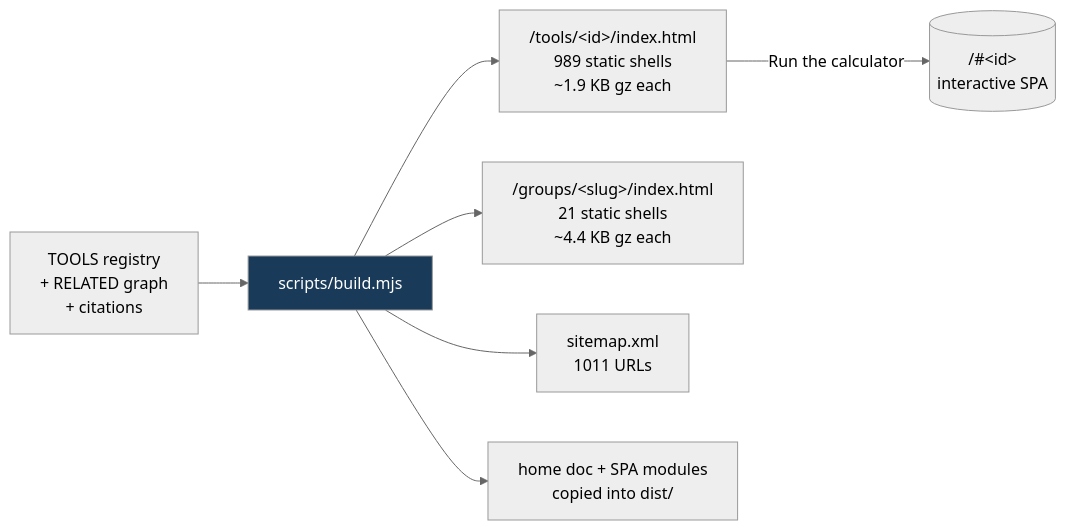
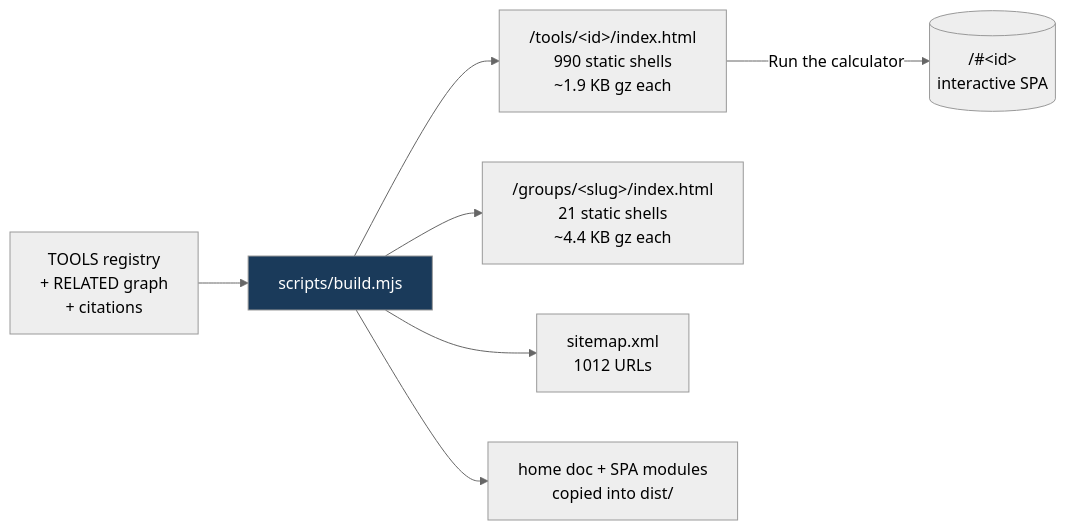
The fifth of 8 diagrams in README.md (clay-good/roughlogic.com), drawn with Mermaid (neutral theme) before and after one commit. The commit also changed other lines of this file and 13 other files, not shown here.

````diff
--- a/README.md
+++ b/README.md
@@ -495,10 +495,10 @@
 ```mermaid
 flowchart LR
     SRC[TOOLS registry\n+ RELATED graph\n+ citations] --> BUILD[scripts/build.mjs]
-    BUILD --> TILE["/tools/&lt;id&gt;/index.html\n989 static shells\n~1.9 KB gz each"]
+    BUILD --> TILE["/tools/&lt;id&gt;/index.html\n990 static shells\n~1.9 KB gz each"]
     BUILD --> GROUP["/groups/&lt;slug&gt;/index.html\n21 static shells\n~4.4 KB gz each"]
-    BUILD --> MAP["sitemap.xml\n1011 URLs"]
+    BUILD --> MAP["sitemap.xml\n1012 URLs"]
     BUILD --> COPY[home doc + SPA modules\ncopied into dist/]
     TILE -->|Run the calculator| SPA[("/#&lt;id&gt;\ninteractive SPA")]
     style BUILD fill:#1a3a5a,color:#fff
 ```
````
